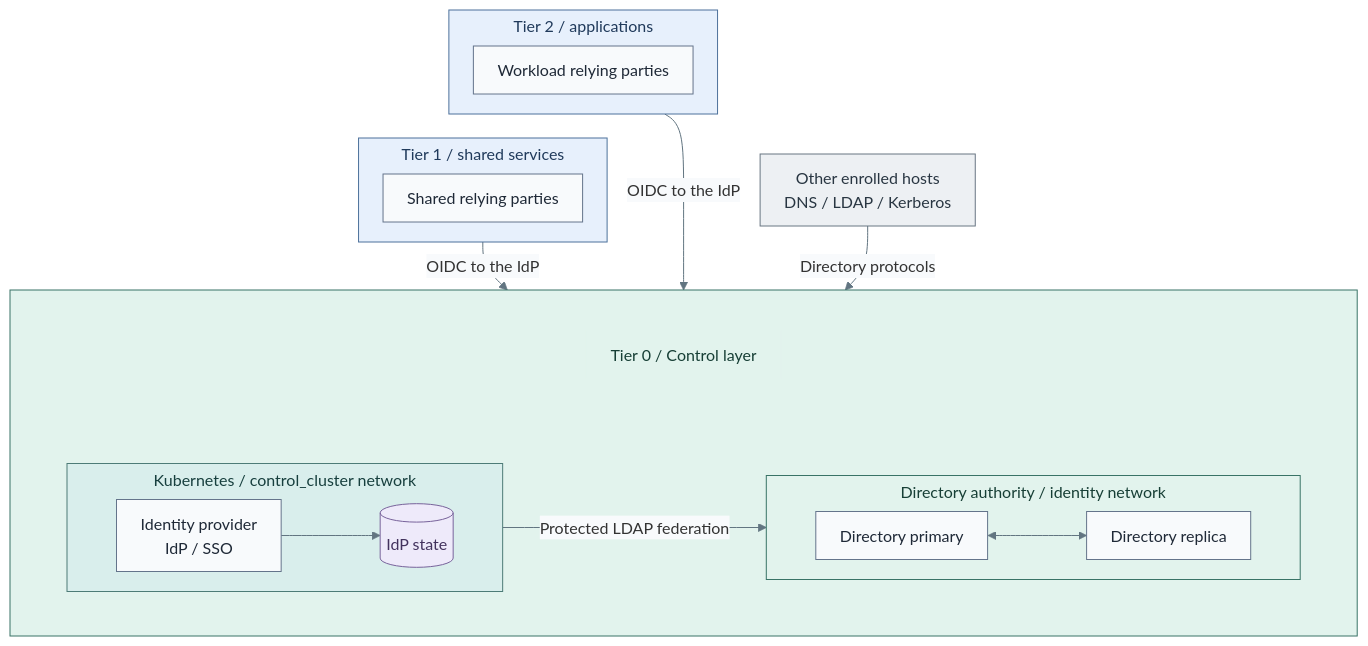
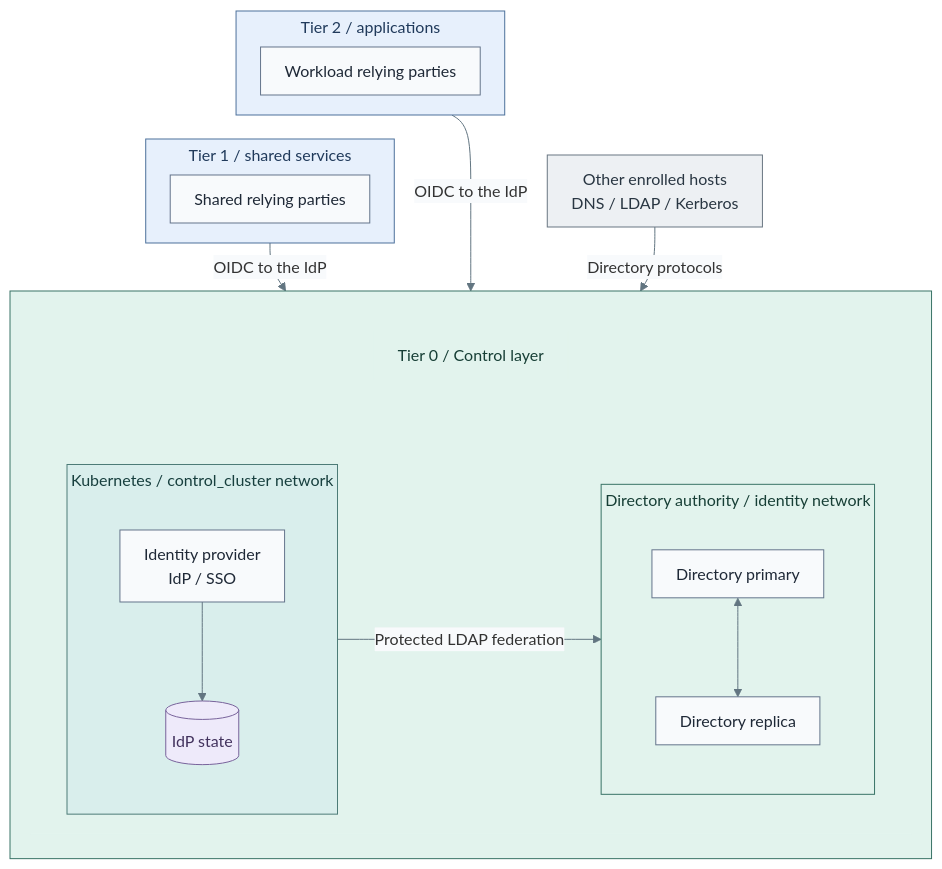
Before and after one commit to Rexus/homelab: the diagram in docs/architecture/identity/README.md, drawn with Mermaid. The commit also changed other lines of this file and 89 other files, not shown here.

Commit message:
docs(deployment): align capability stages and diagrams

````diff
--- a/docs/architecture/identity/README.md
+++ b/docs/architecture/identity/README.md
@@ -42,47 +42,47 @@
 ```mermaid
 %%{init: {"theme":"base","flowchart":{"nodeSpacing":20,"rankSpacing":24,"padding":12,"subGraphTitleMargin":{"top":4,"bottom":12}},"themeVariables":{"lineColor":"#627581","edgeLabelBackground":"#f8fafc"}}}%%
 flowchart TB
   subgraph T2["Tier 2 / applications"]
     Apps["Workload relying parties"]
   end
   subgraph T1["Tier 1 / shared services"]
     Shared["Shared relying parties"]
   end
   Hosts["Other enrolled hosts<br/>DNS / LDAP / Kerberos"]
   subgraph T0[" "]
     direction TB
     T0Title["Tier 0 / Control layer"]
     subgraph Placement[" "]
       direction LR
       subgraph Cluster["Kubernetes / control_cluster network"]
-        direction LR
+        direction TB
         IdP["Identity provider<br/>IdP / SSO"]
         Data[("IdP state")]
         IdP --> Data
       end
       subgraph Directory["Directory authority / identity network"]
-        direction LR
+        direction TB
         Primary["Directory primary"] <--> Replica["Directory replica"]
       end
       Cluster -->|Protected LDAP federation| Directory
     end
     T0Title ~~~ Placement
   end
   T2 ~~~ T1
   T1 -->|OIDC to the IdP| T0
   T2 -->|OIDC to the IdP| T0
   Hosts -->|Directory protocols| T0
   classDef default fill:#f8fafc,stroke:#64748b,color:#1f2937
   classDef services fill:#e7f0fc,stroke:#4d719b,color:#203a5b
   classDef control fill:#e2f3ed,stroke:#397366,color:#173f36
   classDef controlHeading fill:#e2f3ed,stroke:#e2f3ed,color:#173f36
   classDef runtime fill:#d9eeec,stroke:#4d7b77,color:#173f3e
   classDef data fill:#eeeafa,stroke:#78639b,color:#42325d
   classDef actor fill:#edf0f3,stroke:#697682,color:#293642
   class T2,T1 services
   class T0,Directory control
   class T0Title,Placement controlHeading
   class Cluster runtime
   class Data data
   class Hosts actor
 ```
````
